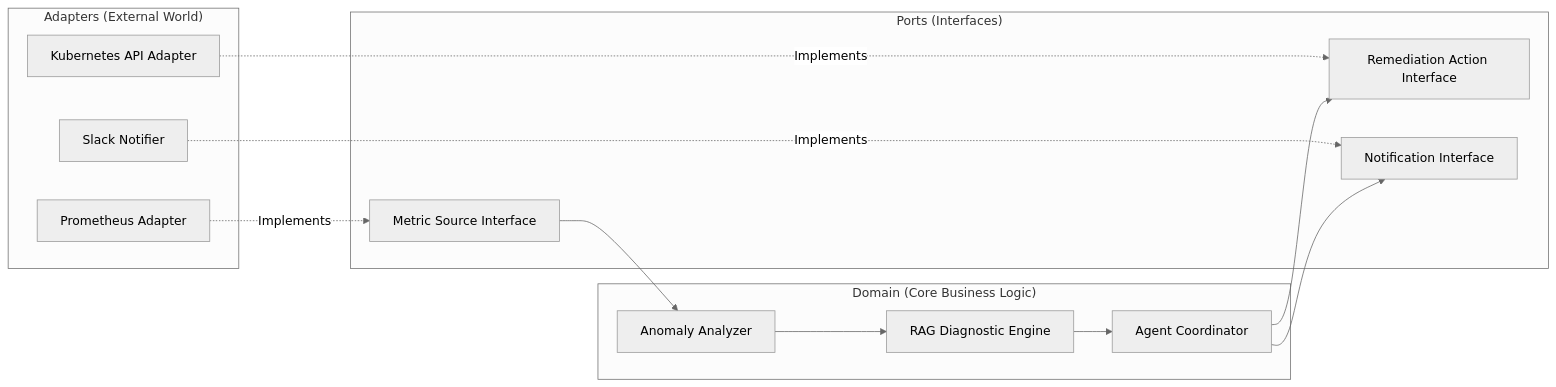
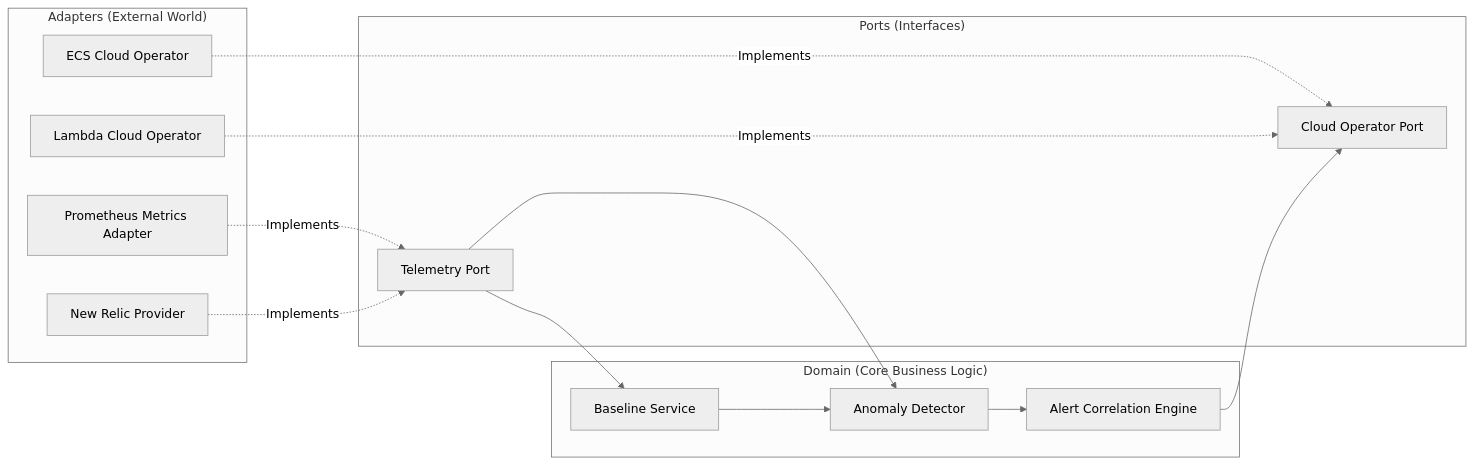
The diagram in docs/project/onboarding.md (faizanhussainrabbani/autonomous-sre-agent), drawn with Mermaid (neutral theme) before and after one commit. The commit also changed other lines of this file and 79 other files, not shown here.

````diff
--- a/docs/project/onboarding.md
+++ b/docs/project/onboarding.md
@@ -31,31 +35,32 @@
 ```mermaid
 graph LR
     subgraph Adapters ["Adapters (External World)"]
-        PromAdapter[Prometheus Adapter]
-        K8sAdapter[Kubernetes API Adapter]
-        SlackAdapter[Slack Notifier]
+        PromAdapter[Prometheus Metrics Adapter]
+        NewRelicProvider[New Relic Provider]
+        ECS[ECS Cloud Operator]
+        Lambda[Lambda Cloud Operator]
     end
 
     subgraph Ports ["Ports (Interfaces)"]
-        MetricPort[Metric Source Interface]
-        ActionPort[Remediation Action Interface]
-        NotifyPort[Notification Interface]
+        TelemetryPort[Telemetry Port]
+        CloudOpPort[Cloud Operator Port]
     end
 
     subgraph Domain ["Domain (Core Business Logic)"]
-        Analyzer[Anomaly Analyzer]
-        DiagEngine[RAG Diagnostic Engine]
-        Coordinator[Agent Coordinator]
+        Baseline[Baseline Service]
+        Anomaly[Anomaly Detector]
+        Correlator[Alert Correlation Engine]
     end
 
     %% Dependency flow
-    PromAdapter -.->|Implements| MetricPort
-    K8sAdapter -.->|Implements| ActionPort
-    SlackAdapter -.->|Implements| NotifyPort
+    PromAdapter -.->|Implements| TelemetryPort
+    NewRelicProvider -.->|Implements| TelemetryPort
+    ECS -.->|Implements| CloudOpPort
+    Lambda -.->|Implements| CloudOpPort
 
-    MetricPort --> Analyzer
-    Analyzer --> DiagEngine
-    DiagEngine --> Coordinator
-    Coordinator --> ActionPort
-    Coordinator --> NotifyPort
+    TelemetryPort --> Baseline
+    TelemetryPort --> Anomaly
+    Baseline --> Anomaly
+    Anomaly --> Correlator
+    Correlator --> CloudOpPort
 ```
````
